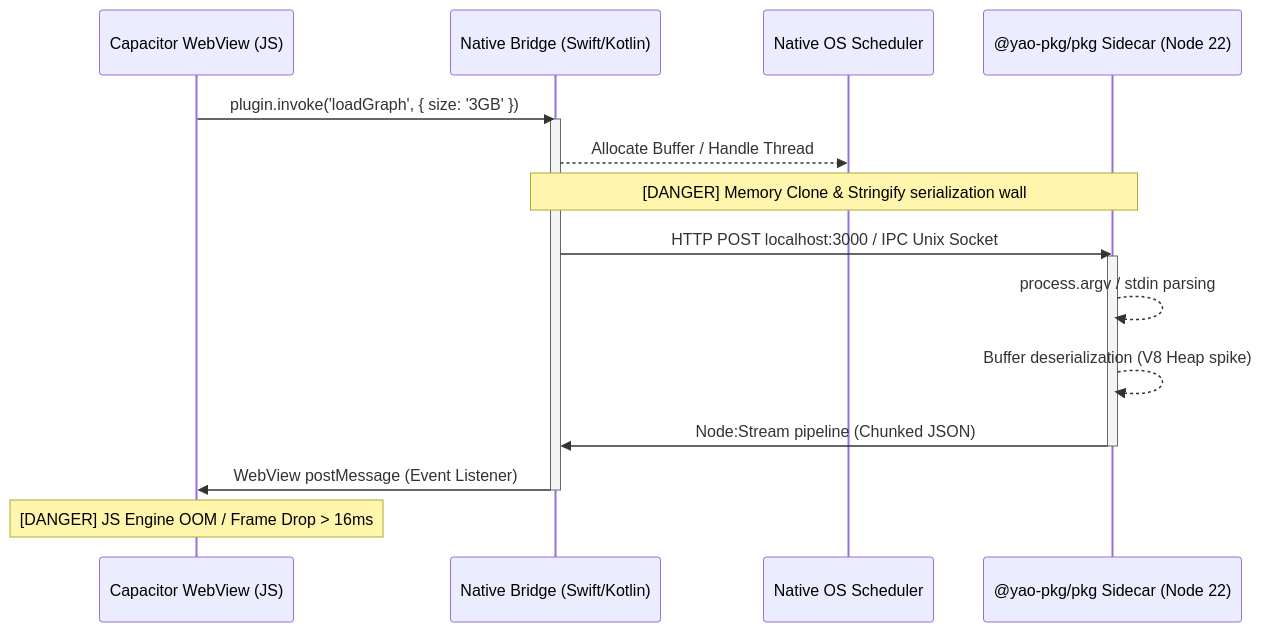
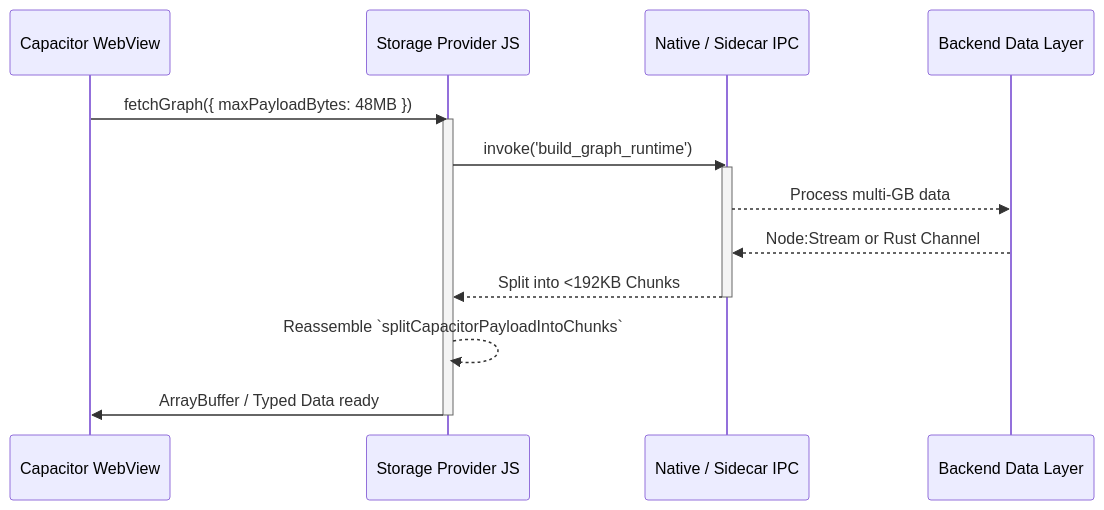
One commit to Jacobinwwey/NoteConnection changed the first of 2 diagrams in docs/en/fixrisk_TODO.md. Above: the diagram before and after it, drawn with Mermaid. The commit also changed other lines of this file and 5 other files, not shown here.

````diff
--- a/docs/en/fixrisk_TODO.md
+++ b/docs/en/fixrisk_TODO.md
@@ -58,21 +58,19 @@
 ```mermaid
 sequenceDiagram
-    participant WV as Capacitor WebView (JS)
-    participant Bridge as Native Bridge (Swift/Kotlin)
-    participant NS as Native OS Scheduler
-    participant Pkg as @yao-pkg/pkg Sidecar (Node 22)
+    participant WV as Capacitor WebView
+    participant Bridge as Storage Provider JS
+    participant IPC as Native / Sidecar IPC
+    participant Core as Backend Data Layer
     
-    WV->>Bridge: plugin.invoke('loadGraph', { size: '3GB' })
+    WV->>Bridge: fetchGraph({ maxPayloadBytes: 48MB })
     activate Bridge
-    Bridge-->>NS: Allocate Buffer / Handle Thread
-    Note over Bridge, Pkg: [DANGER] Memory Clone & Stringify serialization wall
-    Bridge->>Pkg: HTTP POST localhost:3000 / IPC Unix Socket
-    activate Pkg
-    Pkg-->>Pkg: process.argv / stdin parsing
-    Pkg-->>Pkg: Buffer deserialization (V8 Heap spike)
-    Pkg->>Bridge: Node:Stream pipeline (Chunked JSON)
-    deactivate Pkg
-    Bridge->>WV: WebView postMessage (Event Listener)
+    Bridge->>IPC: invoke('build_graph_runtime')
+    activate IPC
+    IPC-->>Core: Process multi-GB data
+    Core-->>IPC: Node:Stream or Rust Channel
+    IPC-->>Bridge: Split into <192KB Chunks
+    deactivate IPC
+    Bridge-->>Bridge: Reassemble `splitCapacitorPayloadIntoChunks`
+    Bridge->>WV: ArrayBuffer / Typed Data ready
     deactivate Bridge
-    Note over WV: [DANGER] JS Engine OOM / Frame Drop > 16ms
 ```
````
